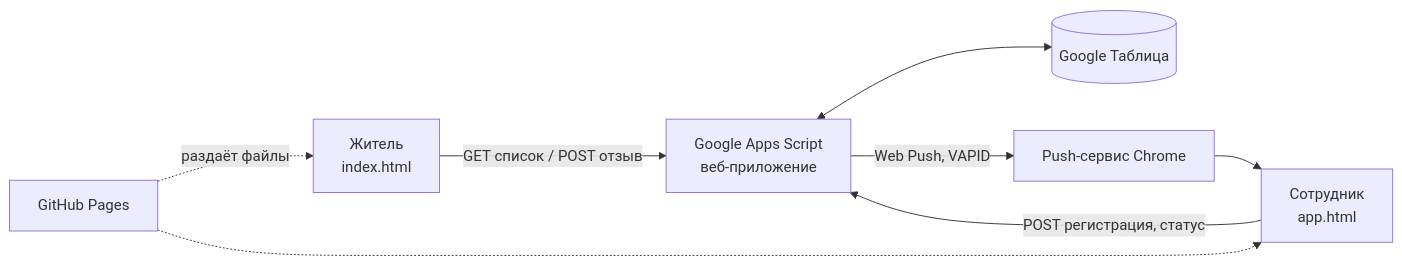
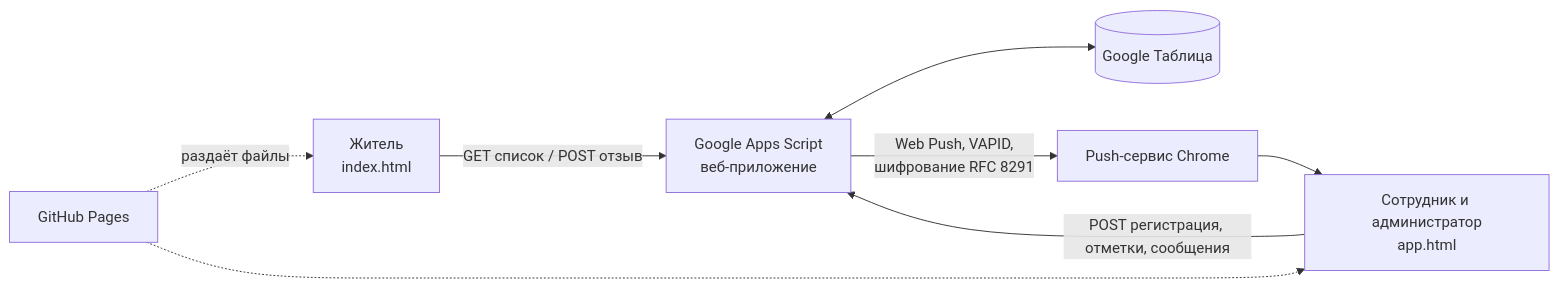
The diagram in README.md (nur601M/Tabel), drawn with Mermaid before and after one commit. The commit also changed other lines of this file, not shown here.

````diff
--- a/README.md
+++ b/README.md
@@ -82,10 +89,10 @@
 ```mermaid
 flowchart LR
   R[Житель<br/>index.html] -->|GET список / POST отзыв| API
-  E[Сотрудник<br/>app.html] -->|POST регистрация, статус| API
+  E[Сотрудник и администратор<br/>app.html] -->|POST регистрация, отметки, сообщения| API
   API[Google Apps Script<br/>веб-приложение] <--> DB[(Google Таблица)]
-  API -->|Web Push, VAPID| PS[Push-сервис Chrome]
+  API -->|Web Push, VAPID,<br/>шифрование RFC 8291| PS[Push-сервис Chrome]
   PS --> E
   GH[GitHub Pages] -. раздаёт файлы .-> R
   GH -.-> E
 ```
````
